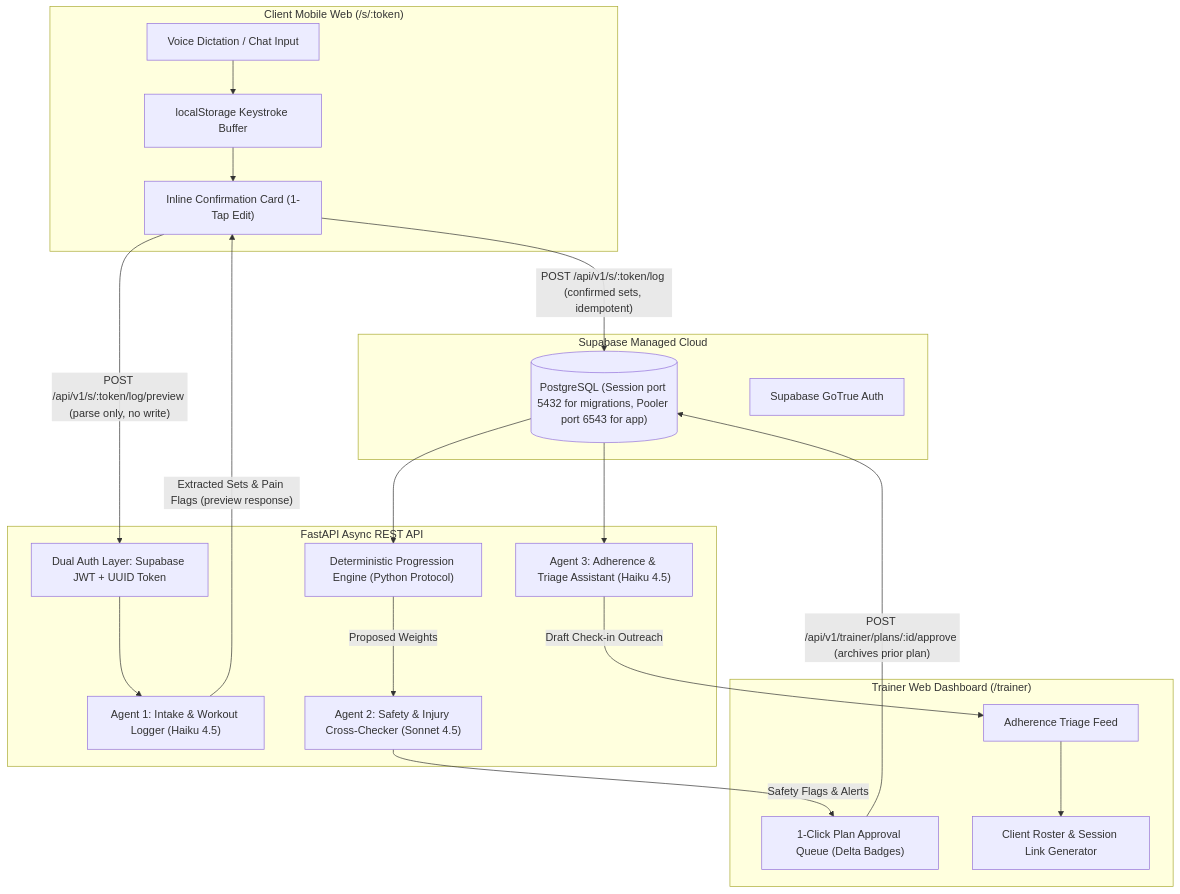
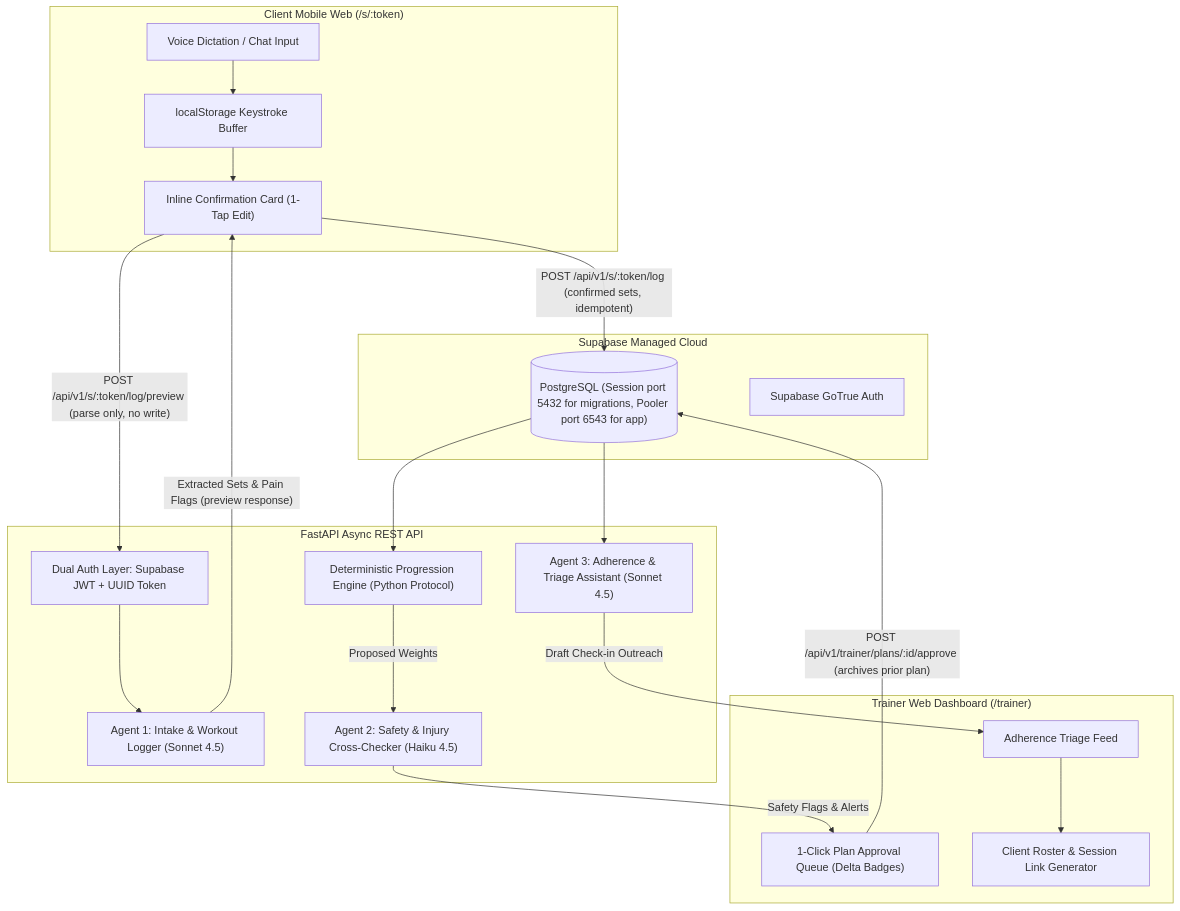
One commit to justin-day-pursuit/trainer-agent-app changed the first of 2 diagrams in documents/09-implementation-plan.md. Above: the diagram before and after it, drawn with Mermaid. The commit also changed other lines of this file and 12 other files, not shown here.

Commit message:
docs(agents): update model assignments to Claude Sonnet for client/trainer facing agents and Haiku for backend progression

````diff
--- a/documents/09-implementation-plan.md
+++ b/documents/09-implementation-plan.md
@@ -42,38 +42,38 @@
 ```mermaid
 flowchart TD
     subgraph ClientMobile ["Client Mobile Web (/s/:token)"]
         A["Voice Dictation / Chat Input"] --> B["localStorage Keystroke Buffer"]
         B --> C["Inline Confirmation Card (1-Tap Edit)"]
     end
 
     subgraph BackendAPI ["FastAPI Async REST API"]
         D["Dual Auth Layer: Supabase JWT + UUID Token"]
-        E["Agent 1: Intake & Workout Logger (Haiku 4.5)"]
+        E["Agent 1: Intake & Workout Logger (Sonnet 4.5)"]
         F["Deterministic Progression Engine (Python Protocol)"]
-        G["Agent 2: Safety & Injury Cross-Checker (Sonnet 4.5)"]
-        H["Agent 3: Adherence & Triage Assistant (Haiku 4.5)"]
+        G["Agent 2: Safety & Injury Cross-Checker (Haiku 4.5)"]
+        H["Agent 3: Adherence & Triage Assistant (Sonnet 4.5)"]
     end
 
     subgraph DataStore ["Supabase Managed Cloud"]
         I[("PostgreSQL (Session port 5432 for migrations, Pooler port 6543 for app)")]
         J["Supabase GoTrue Auth"]
     end
 
     subgraph TrainerPortal ["Trainer Web Dashboard (/trainer)"]
         K["Adherence Triage Feed"]
         L["1-Click Plan Approval Queue (Delta Badges)"]
         M["Client Roster & Session Link Generator"]
     end
 
     C -->|"POST /api/v1/s/:token/log/preview (parse only, no write)"| D
     D --> E
     E -->|"Extracted Sets & Pain Flags (preview response)"| C
     C -->|"POST /api/v1/s/:token/log (confirmed sets, idempotent)"| I
     I --> F
     F -->|Proposed Weights| G
     G -->|Safety Flags & Alerts| L
     L -->|"POST /api/v1/trainer/plans/:id/approve (archives prior plan)"| I
     I --> H
     H -->|Draft Check-in Outreach| K
     K --> M
 ```
````
